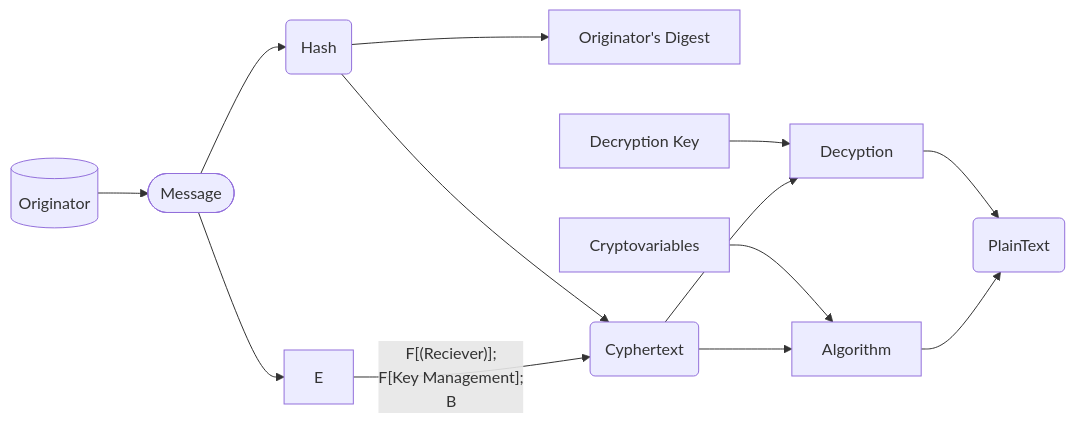
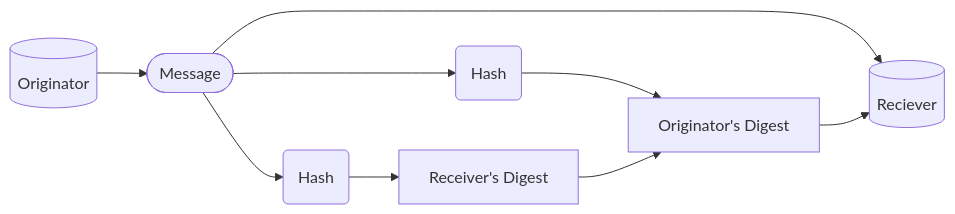
The first of 4 diagrams in isc2-cc/domain-5/cryptography-overview.md (RobertRMarsh/cyber-notes), drawn with Mermaid before and after one commit.

Commit message:
vault backup: 2026-05-19 17:32:02

````diff
--- a/isc2-cc/domain-5/cryptography-overview.md
+++ b/isc2-cc/domain-5/cryptography-overview.md
@@ -37,17 +37,11 @@
 ```mermaid  
 graph LR
 A[(Originator)] --> B([Message]);
 B --> C(Hash);
 C --> D[Originator's Digest];    
-B --> E
---F[(Reciever)];  
-F[Key Management];
-B --> G(Cyphertext);
-C --> G;  
-G --> H[Decyption];  
-G --> I[Algorithm];  
-J[Cryptovariables]--> I;  
-K[Decryption Key]--> H;
-I --> L(PlainText);
-H --> L;
+B --> F[(Reciever)];
+D --> F[(Reciever)];
+B --> G(Hash);
+G --> H[Receiver's Digest];
+H --> D[Originator's Digest]; 
 ```
````
